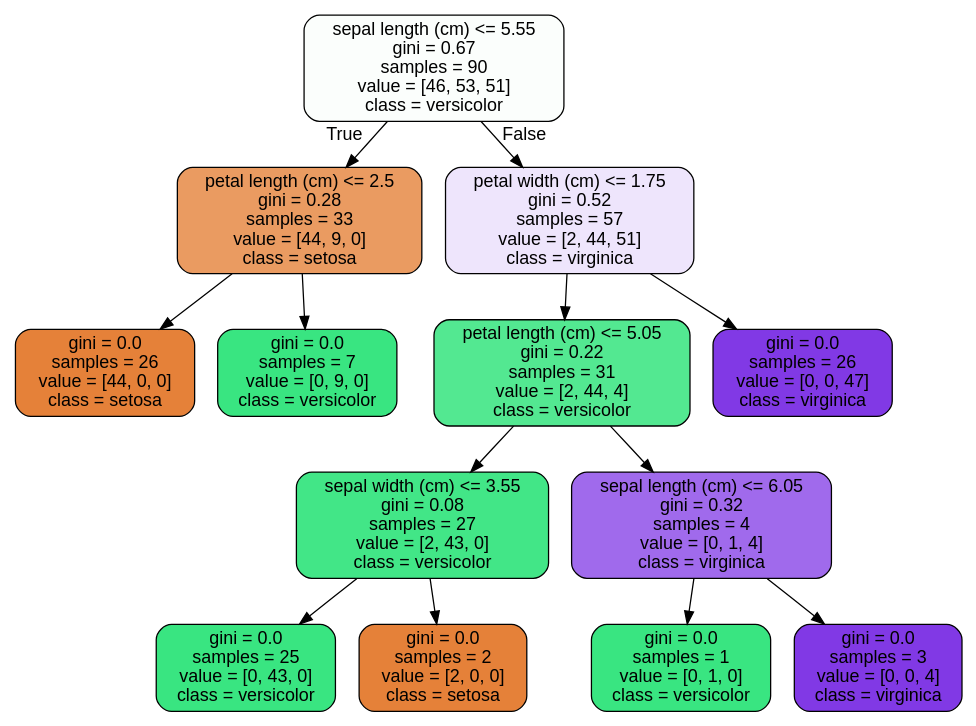
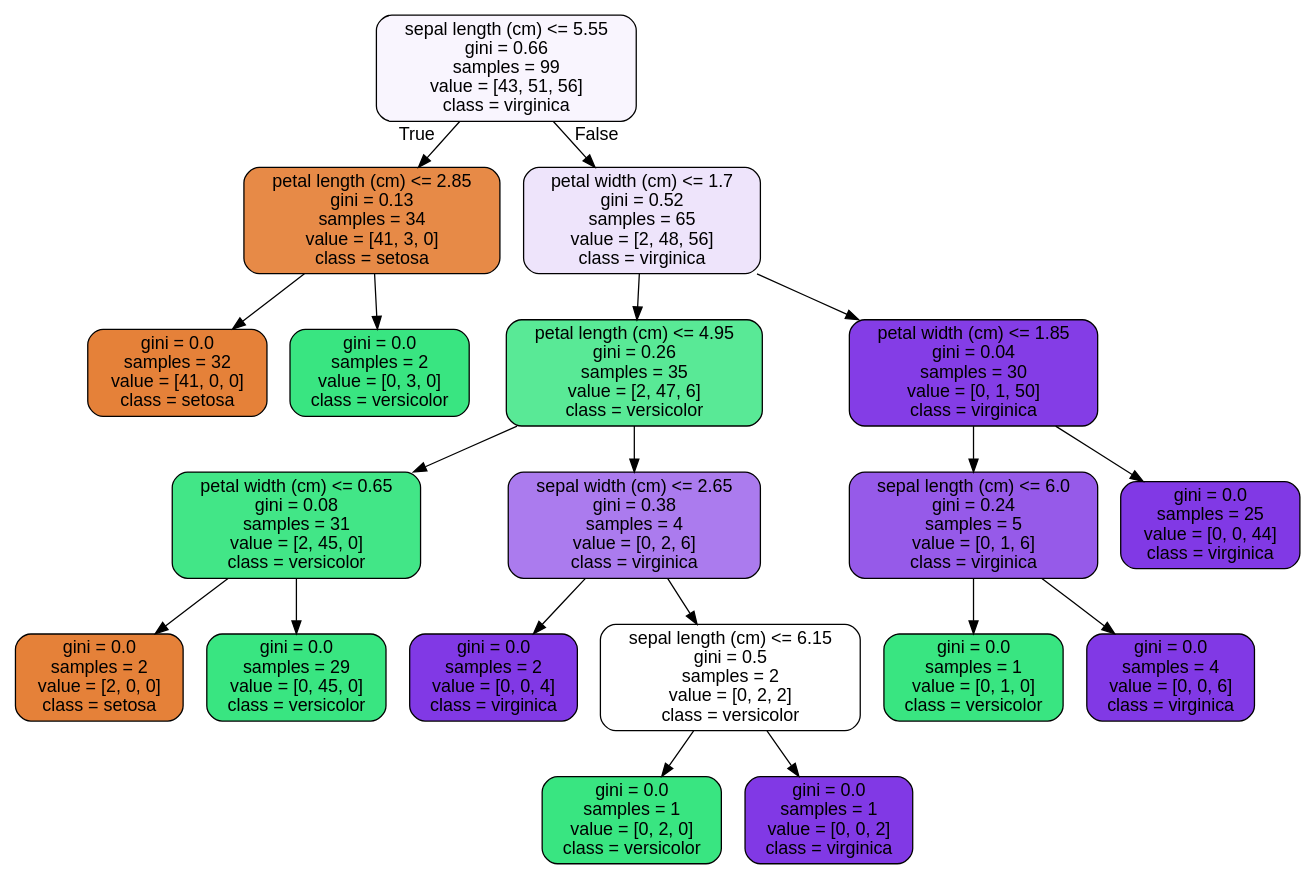
Before and after one commit to orlaith17/MachineLearning-StatisticsProject: the diagram in tree.dot, drawn with Graphviz. The commit also changed 1 other file, not shown here.

```diff
--- a/tree.dot
+++ b/tree.dot
@@ -1,29 +1,41 @@
 digraph Tree {
 node [shape=box, style="filled, rounded", color="black", fontname=helvetica] ;
 edge [fontname=helvetica] ;
-0 [label="sepal length (cm) <= 5.55\ngini = 0.67\nsamples = 90\nvalue = [46, 53, 51]\nclass = versicolor", fillcolor="#fbfefc"] ;
-1 [label="petal length (cm) <= 2.5\ngini = 0.28\nsamples = 33\nvalue = [44, 9, 0]\nclass = setosa", fillcolor="#ea9b61"] ;
+0 [label="sepal length (cm) <= 5.55\ngini = 0.66\nsamples = 99\nvalue = [43, 51, 56]\nclass = virginica", fillcolor="#f9f5fe"] ;
+1 [label="petal length (cm) <= 2.85\ngini = 0.13\nsamples = 34\nvalue = [41, 3, 0]\nclass = setosa", fillcolor="#e78a47"] ;
 0 -> 1 [labeldistance=2.5, labelangle=45, headlabel="True"] ;
-2 [label="gini = 0.0\nsamples = 26\nvalue = [44, 0, 0]\nclass = setosa", fillcolor="#e58139"] ;
+2 [label="gini = 0.0\nsamples = 32\nvalue = [41, 0, 0]\nclass = setosa", fillcolor="#e58139"] ;
 1 -> 2 ;
-3 [label="gini = 0.0\nsamples = 7\nvalue = [0, 9, 0]\nclass = versicolor", fillcolor="#39e581"] ;
+3 [label="gini = 0.0\nsamples = 2\nvalue = [0, 3, 0]\nclass = versicolor", fillcolor="#39e581"] ;
 1 -> 3 ;
-4 [label="petal width (cm) <= 1.75\ngini = 0.52\nsamples = 57\nvalue = [2, 44, 51]\nclass = virginica", fillcolor="#eee5fc"] ;
+4 [label="petal width (cm) <= 1.7\ngini = 0.52\nsamples = 65\nvalue = [2, 48, 56]\nclass = virginica", fillcolor="#eee4fb"] ;
 0 -> 4 [labeldistance=2.5, labelangle=-45, headlabel="False"] ;
-5 [label="petal length (cm) <= 5.05\ngini = 0.22\nsamples = 31\nvalue = [2, 44, 4]\nclass = versicolor", fillcolor="#53e891"] ;
+5 [label="petal length (cm) <= 4.95\ngini = 0.26\nsamples = 35\nvalue = [2, 47, 6]\nclass = versicolor", fillcolor="#59e996"] ;
 4 -> 5 ;
-6 [label="sepal width (cm) <= 3.55\ngini = 0.08\nsamples = 27\nvalue = [2, 43, 0]\nclass = versicolor", fillcolor="#42e687"] ;
+6 [label="petal width (cm) <= 0.65\ngini = 0.08\nsamples = 31\nvalue = [2, 45, 0]\nclass = versicolor", fillcolor="#42e687"] ;
 5 -> 6 ;
-7 [label="gini = 0.0\nsamples = 25\nvalue = [0, 43, 0]\nclass = versicolor", fillcolor="#39e581"] ;
+7 [label="gini = 0.0\nsamples = 2\nvalue = [2, 0, 0]\nclass = setosa", fillcolor="#e58139"] ;
 6 -> 7 ;
-8 [label="gini = 0.0\nsamples = 2\nvalue = [2, 0, 0]\nclass = setosa", fillcolor="#e58139"] ;
+8 [label="gini = 0.0\nsamples = 29\nvalue = [0, 45, 0]\nclass = versicolor", fillcolor="#39e581"] ;
 6 -> 8 ;
-9 [label="sepal length (cm) <= 6.05\ngini = 0.32\nsamples = 4\nvalue = [0, 1, 4]\nclass = virginica", fillcolor="#a06aec"] ;
+9 [label="sepal width (cm) <= 2.65\ngini = 0.38\nsamples = 4\nvalue = [0, 2, 6]\nclass = virginica", fillcolor="#ab7bee"] ;
 5 -> 9 ;
-10 [label="gini = 0.0\nsamples = 1\nvalue = [0, 1, 0]\nclass = versicolor", fillcolor="#39e581"] ;
+10 [label="gini = 0.0\nsamples = 2\nvalue = [0, 0, 4]\nclass = virginica", fillcolor="#8139e5"] ;
 9 -> 10 ;
-11 [label="gini = 0.0\nsamples = 3\nvalue = [0, 0, 4]\nclass = virginica", fillcolor="#8139e5"] ;
+11 [label="sepal length (cm) <= 6.15\ngini = 0.5\nsamples = 2\nvalue = [0, 2, 2]\nclass = versicolor", fillcolor="#ffffff"] ;
 9 -> 11 ;
-12 [label="gini = 0.0\nsamples = 26\nvalue = [0, 0, 47]\nclass = virginica", fillcolor="#8139e5"] ;
-4 -> 12 ;
+12 [label="gini = 0.0\nsamples = 1\nvalue = [0, 2, 0]\nclass = versicolor", fillcolor="#39e581"] ;
+11 -> 12 ;
+13 [label="gini = 0.0\nsamples = 1\nvalue = [0, 0, 2]\nclass = virginica", fillcolor="#8139e5"] ;
+11 -> 13 ;
+14 [label="petal width (cm) <= 1.85\ngini = 0.04\nsamples = 30\nvalue = [0, 1, 50]\nclass = virginica", fillcolor="#843de6"] ;
+4 -> 14 ;
+15 [label="sepal length (cm) <= 6.0\ngini = 0.24\nsamples = 5\nvalue = [0, 1, 6]\nclass = virginica", fillcolor="#965ae9"] ;
+14 -> 15 ;
+16 [label="gini = 0.0\nsamples = 1\nvalue = [0, 1, 0]\nclass = versicolor", fillcolor="#39e581"] ;
+15 -> 16 ;
+17 [label="gini = 0.0\nsamples = 4\nvalue = [0, 0, 6]\nclass = virginica", fillcolor="#8139e5"] ;
+15 -> 17 ;
+18 [label="gini = 0.0\nsamples = 25\nvalue = [0, 0, 44]\nclass = virginica", fillcolor="#8139e5"] ;
+14 -> 18 ;
 }
```
